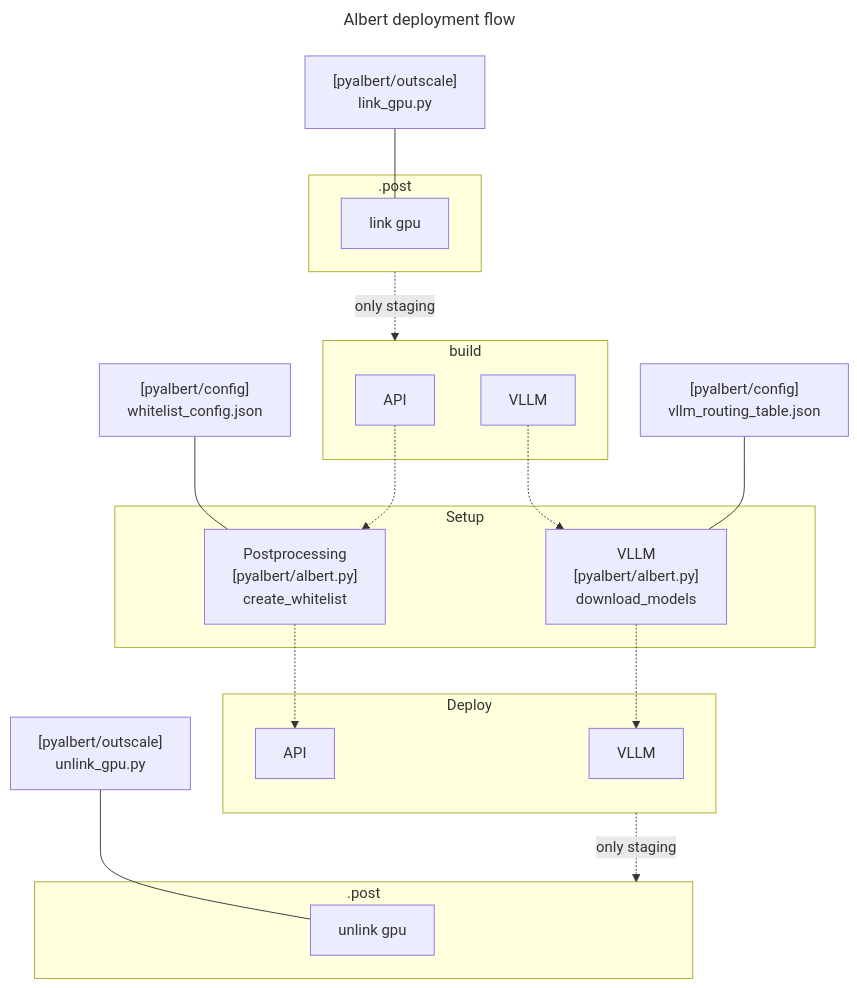
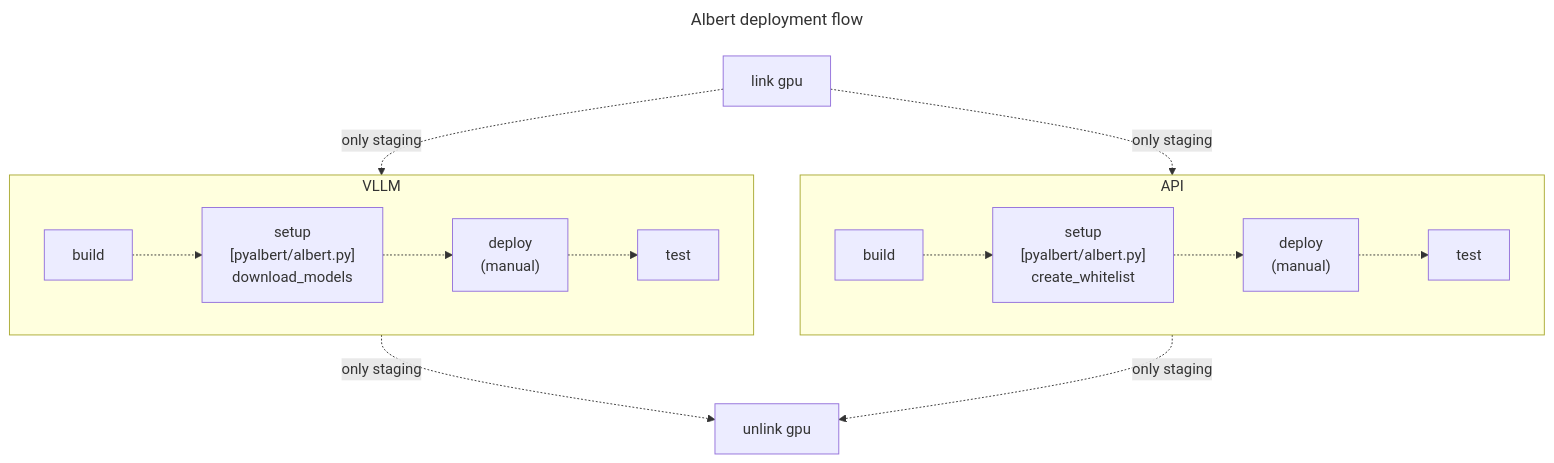
The diagram in docs/deploiement/cicd.md (etalab-ia/franceservices-backend), drawn with Mermaid before and after one commit. The commit also changed 13 other files, not shown here.

Commit message:
feat: change environment variables naming of ci/cd and add vllm test in ci/cd pipeline

````diff
--- a/docs/deploiement/cicd.md
+++ b/docs/deploiement/cicd.md
@@ -3,34 +3,29 @@
 ```mermaid
 ---
 title: "Albert deployment flow"
 ---
-flowchart
-	899245["VLLM"] -.-> 905795["VLLM\n[pyalbert/albert.py]\ndownload_models"]
-	905795 -.-> 1["VLLM"]
-	180724["API"] -.-> 517217["Postprocessing\n[pyalbert/albert.py] \ncreate_whitelist"]
-	202492["[pyalbert/config]\nwhitelist_config.json"] --- 517217
-	517217 -.-> 233416["API"]
-	877037["[pyalbert/config]\nvllm_routing_table.json"] --- 905795
-	275863["Deploy"] -.->|"only staging"| 354824[".post"]
-	669310[".post"] -.->|"only staging"| 615592["build"]
-	556101["[pyalbert/outscale]\nlink_gpu.py"] --- 497453["link gpu"]
-	186297["[pyalbert/outscale]\nunlink_gpu.py"] --- 605529["unlink gpu"]
-	subgraph 275863["Deploy"]
-		1
-		233416
-	end
-	subgraph 615592["build"]
-		899245
-		180724
-	end
-	subgraph 536890["Setup"]
-		905795
-		517217
-	end
-	subgraph 354824[".post"]
-		605529
-	end
-	subgraph 669310[".post"]
-		497453
-	end
+graph TD
+
+subgraph VLLM["VLLM"]
+    job_vllm_build["build"]
+    -.-> job_vllm_setup["setup\n[pyalbert/albert.py]\ndownload_models"]
+    -.-> job_vllm_deploy["deploy\n(manual)"]
+    -.-> job_vllm_test["test"]
+end
+
+subgraph API["API"]
+    job_api_build["build"]
+    -.-> job_api_setup["setup\n[pyalbert/albert.py]\ncreate_whitelist"]
+    -.-> job_api_deploy["deploy\n(manual)"]
+    -.-> job_api_test["test"]
+
+end
+
+job_pre["link gpu"]
+job_post["unlink gpu"]
+
+job_pre -.-> |"only staging"| VLLM
+job_pre -.-> |"only staging"| API
+VLLM -.-> |"only staging"| job_post
+API -.-> |"only staging"| job_post
 ```
````
